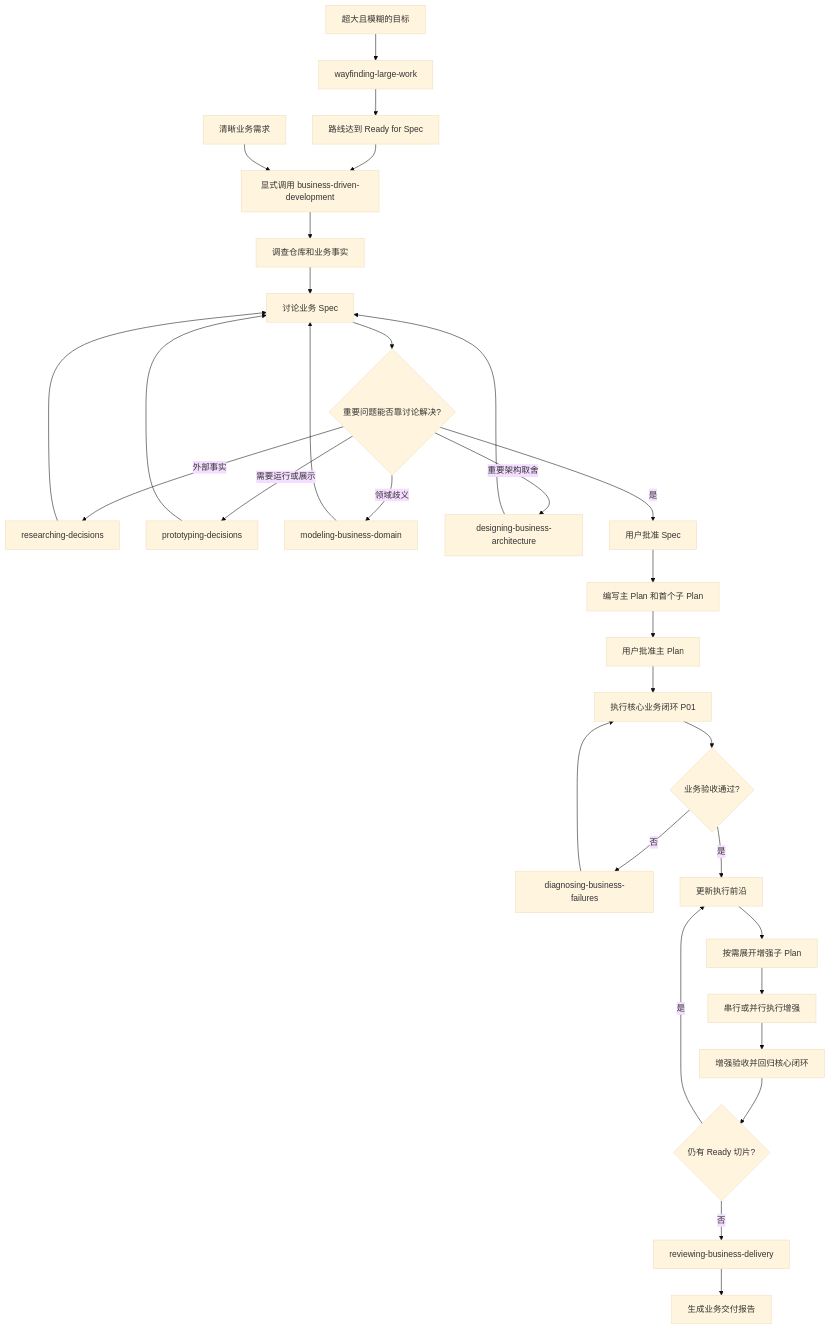
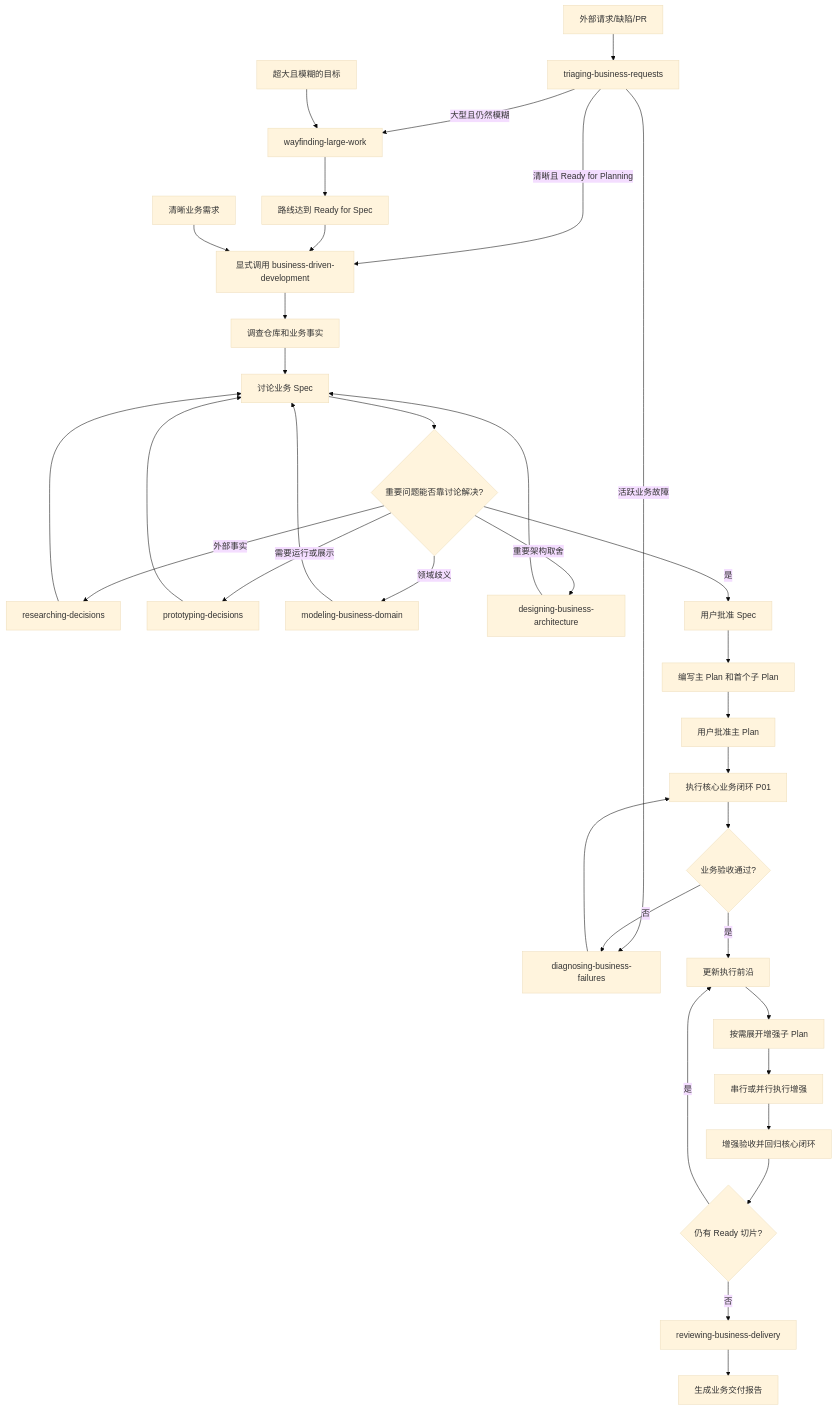
One commit to JeckChen666/Easypower changed the diagram in SKILL-WORKFLOW.md. Above: the diagram before and after it, drawn with Mermaid (base theme). The commit also changed other lines of this file and 8 other files, not shown here.

````diff
--- a/SKILL-WORKFLOW.md
+++ b/SKILL-WORKFLOW.md
@@ -25,33 +25,37 @@
 ```mermaid
 flowchart TD
+    R[外部请求/缺陷/PR] --> T[triaging-business-requests]
+    T -- 清晰且 Ready for Planning --> B
+    T -- 大型且仍然模糊 --> W
+    T -- 活跃业务故障 --> K
     Z[超大且模糊的目标] --> W[wayfinding-large-work]
     W --> A[路线达到 Ready for Spec]
     A --> B[显式调用 business-driven-development]
     Y[清晰业务需求] --> B
     B --> B1[调查仓库和业务事实]
     B1 --> C[讨论业务 Spec]
     C --> D{重要问题能否靠讨论解决?}
     D -- 外部事实 --> E[researching-decisions]
     D -- 需要运行或展示 --> E3[prototyping-decisions]
     D -- 领域歧义 --> E4[modeling-business-domain]
     D -- 重要架构取舍 --> E2[designing-business-architecture]
     E --> C
     E3 --> C
     E4 --> C
     E2 --> C
     D -- 是 --> F[用户批准 Spec]
     F --> G[编写主 Plan 和首个子 Plan]
     G --> H[用户批准主 Plan]
     H --> I[执行核心业务闭环 P01]
     I --> J{业务验收通过?}
     J -- 否 --> K[diagnosing-business-failures]
     K --> I
     J -- 是 --> L[更新执行前沿]
     L --> M[按需展开增强子 Plan]
     M --> N[串行或并行执行增强]
     N --> O[增强验收并回归核心闭环]
     O --> P{仍有 Ready 切片?}
     P -- 是 --> L
     P -- 否 --> V[reviewing-business-delivery]
     V --> Q[生成业务交付报告]
 ```
````
